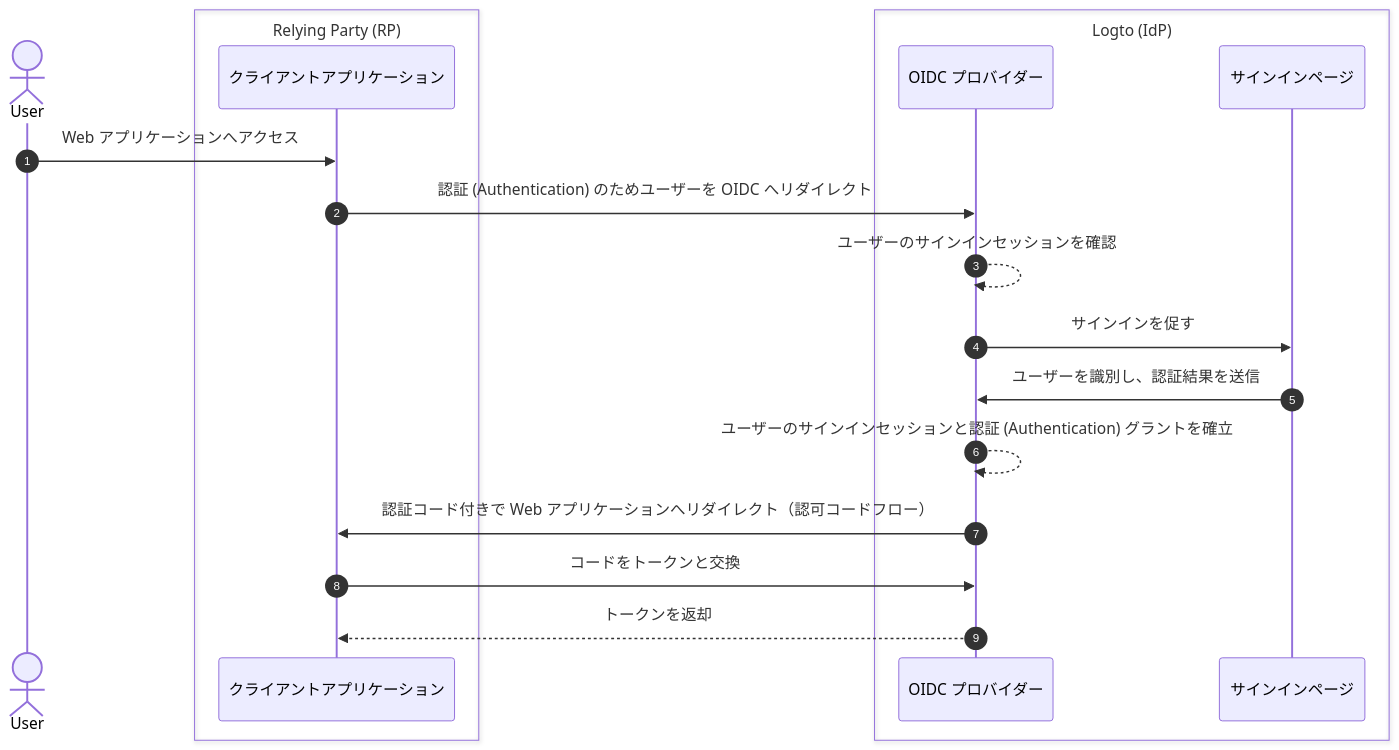
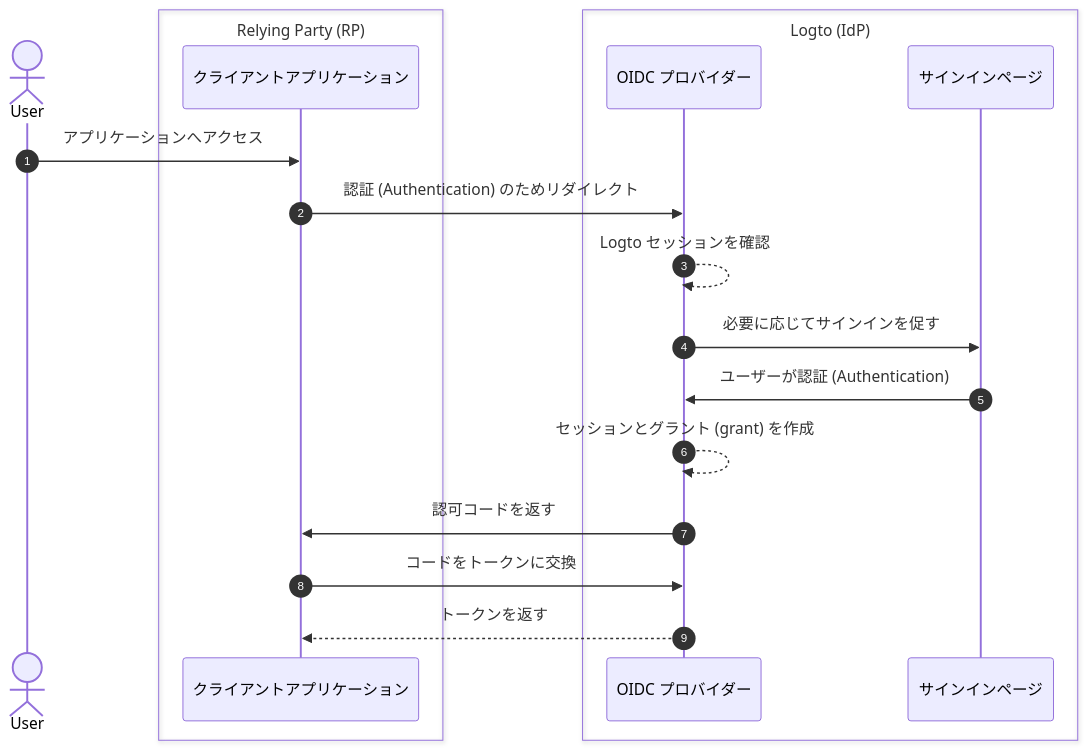
Before and after one commit to logto-io/docs: the second of 5 diagrams in i18n/ja/docusaurus-plugin-content-docs/current/end-user-flows/sign-out.mdx, drawn with Mermaid. The commit also changed other lines of this file and 74 other files, not shown here.

````diff
--- a/i18n/ja/docusaurus-plugin-content-docs/current/end-user-flows/sign-out.mdx
+++ b/i18n/ja/docusaurus-plugin-content-docs/current/end-user-flows/sign-out.mdx
@@ -13,24 +62,24 @@
 ```mermaid
-  sequenceDiagram
-    autonumber
-    actor User
+sequenceDiagram
+  autonumber
+  actor User
 
-    box Relying Party (RP)
-      participant Client as クライアントアプリケーション
-    end
+  box Relying Party (RP)
+    participant Client as クライアントアプリケーション
+  end
 
-    box Logto (IdP)
-      participant OIDC as OIDC プロバイダー
-      participant SignIn as サインインページ
-    end
+  box Logto (IdP)
+    participant OIDC as OIDC プロバイダー
+    participant SignIn as サインインページ
+  end
 
-    User ->> Client: Web アプリケーションへアクセス
-    Client ->> OIDC: 認証 (Authentication) のためユーザーを OIDC へリダイレクト
-    OIDC -->> OIDC: ユーザーのサインインセッションを確認
-    OIDC ->> SignIn: サインインを促す
-    SignIn ->> OIDC: ユーザーを識別し、認証結果を送信
-    OIDC -->> OIDC: ユーザーのサインインセッションと認証 (Authentication) グラントを確立
-    OIDC ->> Client: 認証コード付きで Web アプリケーションへリダイレクト（認可コードフロー）
-    Client ->> OIDC: コードをトークンと交換
-    OIDC -->> Client: トークンを返却
+  User ->> Client: アプリケーションへアクセス
+  Client ->> OIDC: 認証 (Authentication) のためリダイレクト
+  OIDC -->> OIDC: Logto セッションを確認
+  OIDC ->> SignIn: 必要に応じてサインインを促す
+  SignIn ->> OIDC: ユーザーが認証 (Authentication)
+  OIDC -->> OIDC: セッションとグラント (grant) を作成
+  OIDC ->> Client: 認可コードを返す
+  Client ->> OIDC: コードをトークンに交換
+  OIDC -->> Client: トークンを返す
 ```
````
